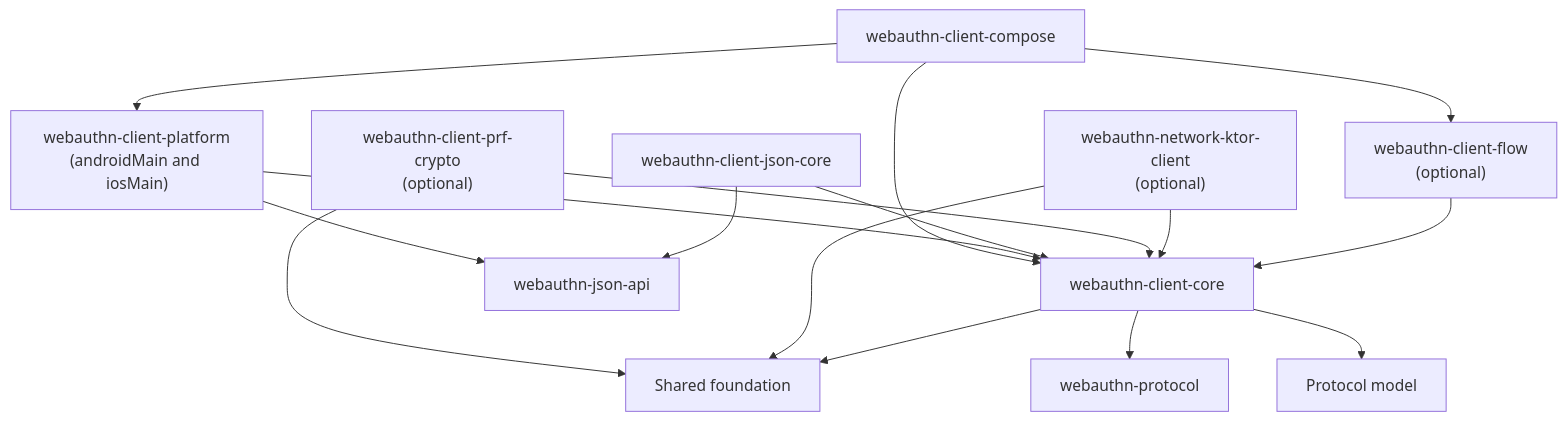
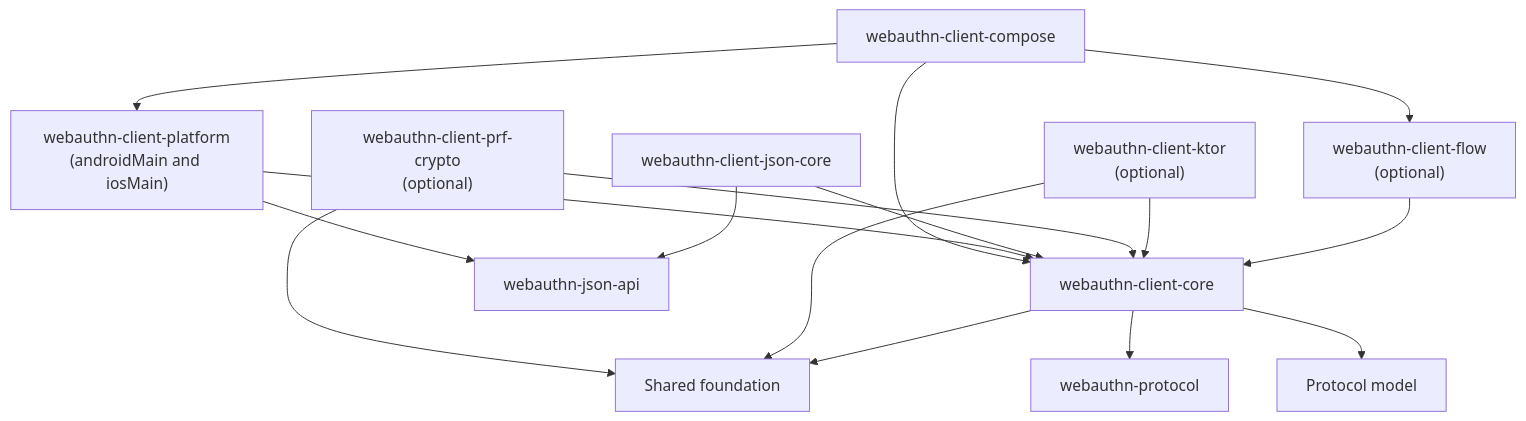
One commit to szijpeter/webauthn-kotlin-multiplatform changed the third of 4 diagrams in docs/architecture.md. Above: the diagram before and after it, drawn with Mermaid. The commit also changed 31 other files, not shown here.

Commit message:
refactor(client): rename Ktor transport artifact

````diff
--- a/docs/architecture.md
+++ b/docs/architecture.md
@@ -91,35 +91,35 @@
 ```mermaid
 flowchart TB
     COMPOSE["webauthn-client-compose"]
     PLATFORM["webauthn-client-platform<br/>(androidMain and iosMain)"]
     JSON["webauthn-client-json-core"]
     PRF["webauthn-client-prf-crypto<br/>(optional)"]
-    NETWORK["webauthn-network-ktor-client<br/>(optional)"]
+    NETWORK["webauthn-client-ktor<br/>(optional)"]
     CLIENT_CORE["webauthn-client-core"]
     CLIENT_FLOW["webauthn-client-flow<br/>(optional)"]
     JSON_API["webauthn-json-api"]
     PROTOCOL["webauthn-protocol"]
     FOUNDATION["Shared foundation"]
     MODEL["Protocol model"]
 
     COMPOSE --> CLIENT_CORE
     COMPOSE --> PLATFORM
     COMPOSE --> CLIENT_FLOW
 
     PLATFORM --> CLIENT_CORE
     PLATFORM --> JSON_API
 
     JSON --> CLIENT_CORE
     JSON --> JSON_API
 
     PRF --> CLIENT_CORE
     PRF --> FOUNDATION
 
     NETWORK --> CLIENT_CORE
     NETWORK --> FOUNDATION
 
     CLIENT_CORE --> FOUNDATION
     CLIENT_CORE --> PROTOCOL
     CLIENT_CORE --> MODEL
     CLIENT_FLOW --> CLIENT_CORE
 ```
````
